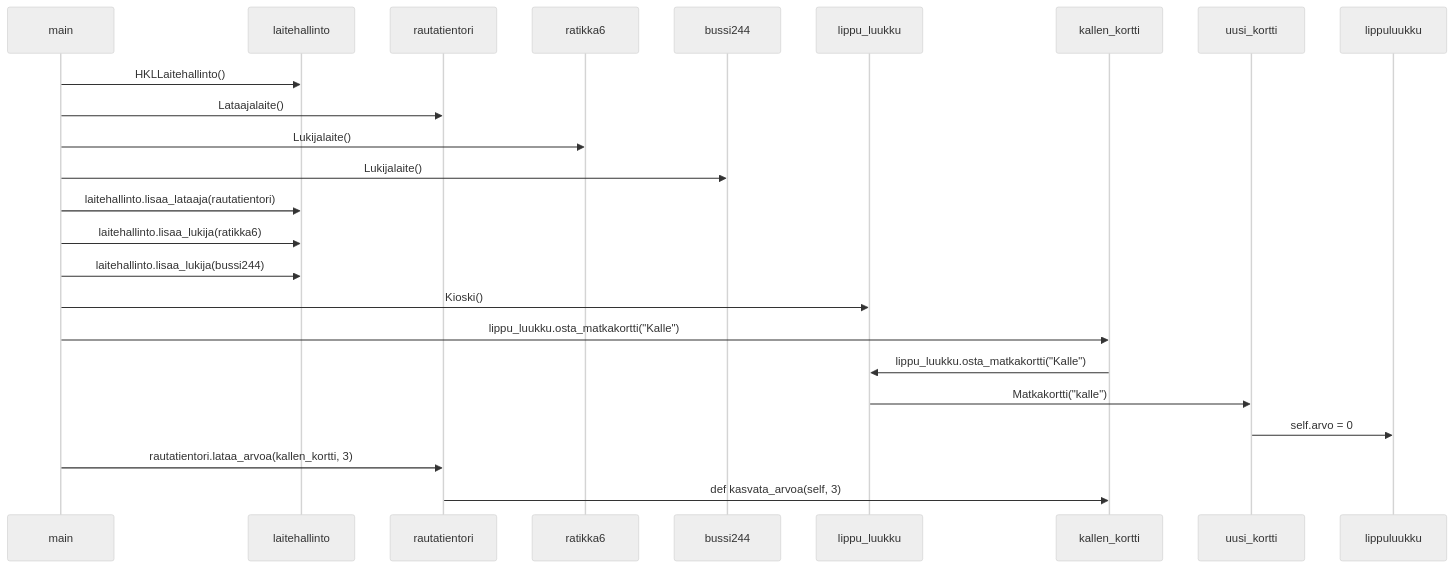
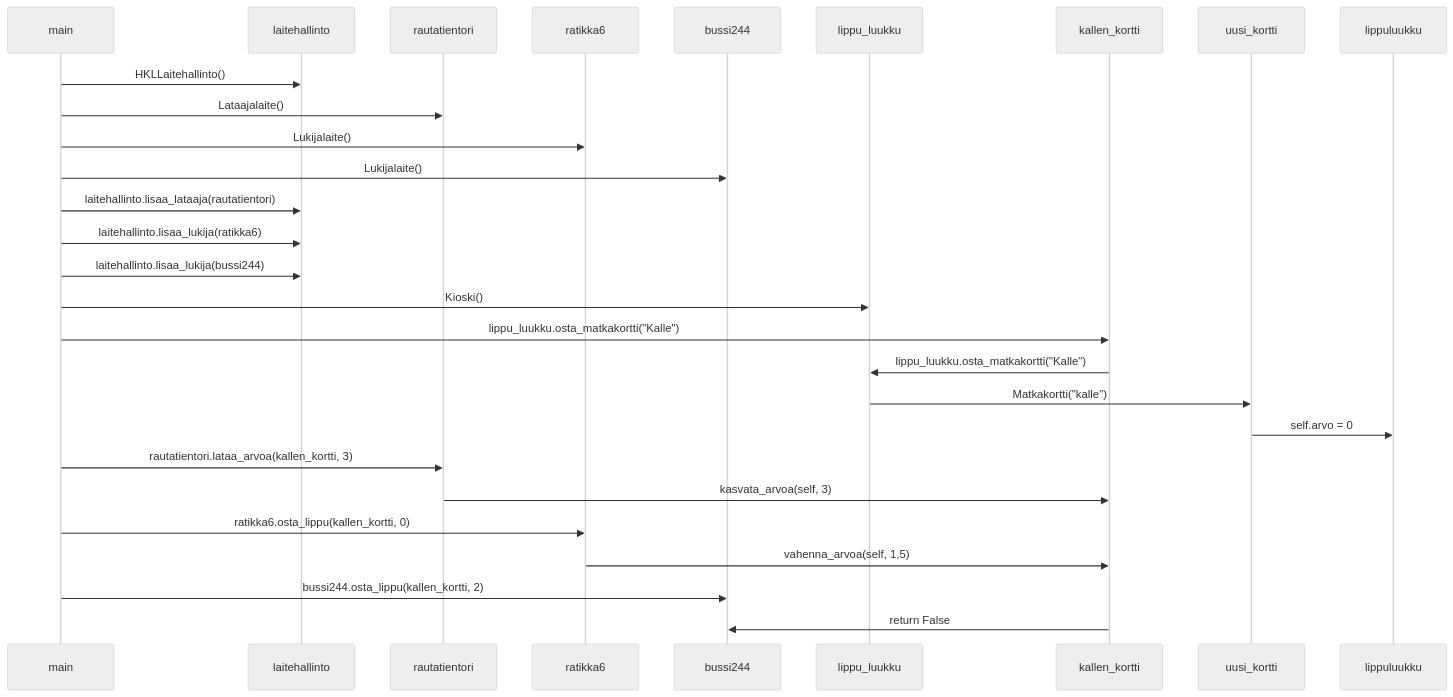
One commit to kodtld/TravelHub changed the diagram in laskarit/viikko3/teht_4_sekvenssikaavio.md. Above: the diagram before and after it, drawn with Mermaid (neutral theme).

````diff
--- a/laskarit/viikko3/teht_4_sekvenssikaavio.md
+++ b/laskarit/viikko3/teht_4_sekvenssikaavio.md
@@ -1,18 +1,22 @@
 ```mermaid
  sequenceDiagram
      main->>laitehallinto: HKLLaitehallinto()
      main->>rautatientori : Lataajalaite()
      main->>ratikka6 : Lukijalaite()
      main->>bussi244 : Lukijalaite()
      main->>laitehallinto: laitehallinto.lisaa_lataaja(rautatientori)
      main->>laitehallinto: laitehallinto.lisaa_lukija(ratikka6)
      main->>laitehallinto: laitehallinto.lisaa_lukija(bussi244)
      main->>lippu_luukku: Kioski()
      main->>kallen_kortti: lippu_luukku.osta_matkakortti("Kalle")
      kallen_kortti->>lippu_luukku: lippu_luukku.osta_matkakortti("Kalle")
      lippu_luukku->>uusi_kortti: Matkakortti("kalle")
      uusi_kortti->>lippuluukku: self.arvo = 0
      main->>rautatientori : rautatientori.lataa_arvoa(kallen_kortti, 3)
-     rautatientori->>kallen_kortti: def kasvata_arvoa(self, 3)
+     rautatientori->>kallen_kortti: kasvata_arvoa(self, 3)
+     main->>ratikka6: ratikka6.osta_lippu(kallen_kortti, 0)
+     ratikka6->>kallen_kortti: vahenna_arvoa(self, 1,5)
+     main->>bussi244: bussi244.osta_lippu(kallen_kortti, 2)
+     kallen_kortti->>bussi244: return False
 
 ```
````
